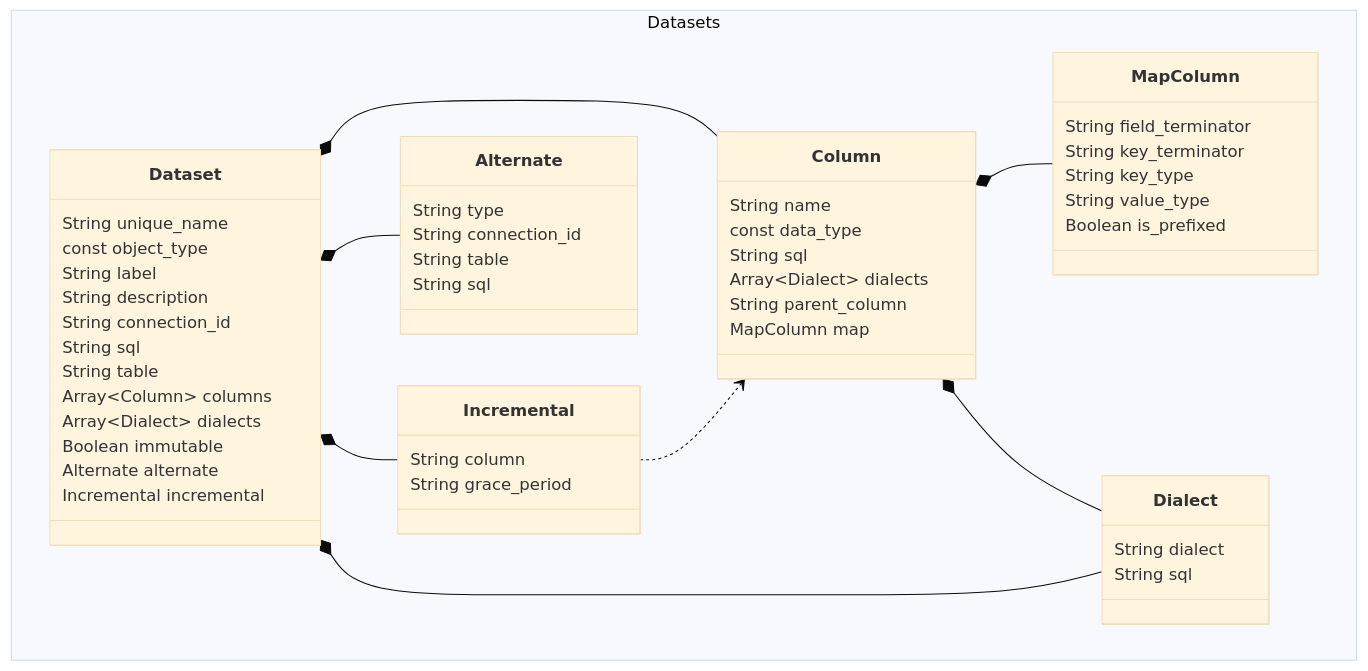
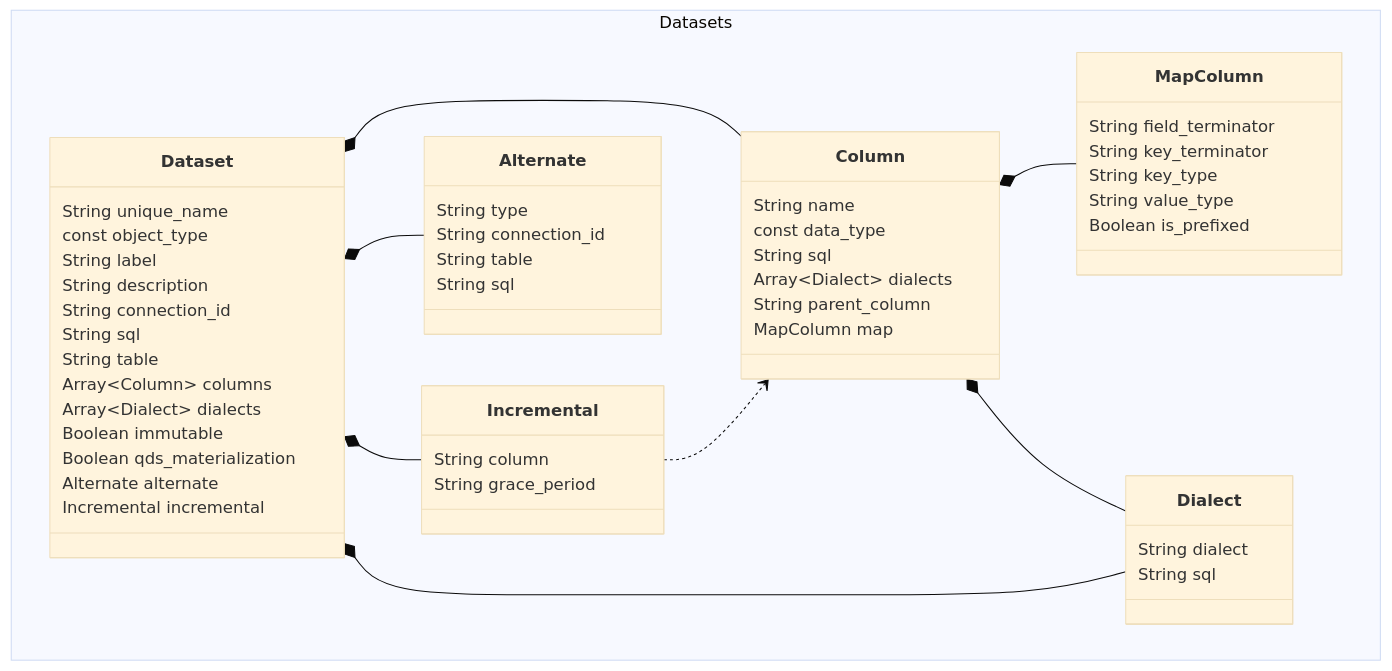
One commit to semanticdatalayer/SML changed the diagram in sml-reference/dataset.md. Above: the diagram before and after it, drawn with Mermaid (base theme). The commit also changed other lines of this file and 3 other files, not shown here.

````diff
--- a/sml-reference/dataset.md
+++ b/sml-reference/dataset.md
@@ -143,55 +143,56 @@
 ```mermaid
 classDiagram
     Dataset *-- Column
     Dataset *-- Alternate
     Dataset *-- Incremental
     Incremental ..> Column
     Column *-- MapColumn
     Dataset *-- Dialect
     Column *-- Dialect
 namespace Datasets{
     class Dataset{
       String unique_name
       const object_type
       String label
       String description
       String connection_id
       String sql
       String table
       Array~Column~ columns
       Array~Dialect~ dialects
       Boolean immutable
+      Boolean qds_materialization
       Alternate alternate
       Incremental incremental
     }
     class Column{
       String name
       const data_type
       String sql
       Array~Dialect~ dialects
       String parent_column
       MapColumn map
     }
     class Dialect{
       String dialect
       String sql
     }
     class Alternate{
       String type
       String connection_id
       String table
       String sql
     }
     class Incremental{
       String column
       String grace_period
     }
     class MapColumn{
       String field_terminator
       String key_terminator
       String key_type
       String value_type
       Boolean is_prefixed
     }
 }
 ```
````
